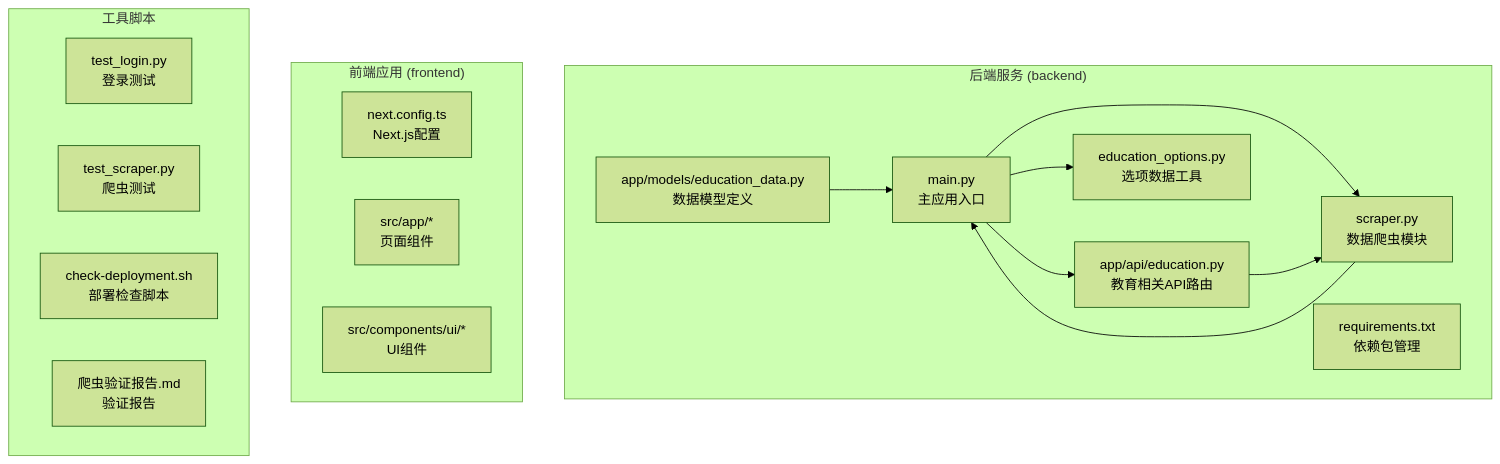
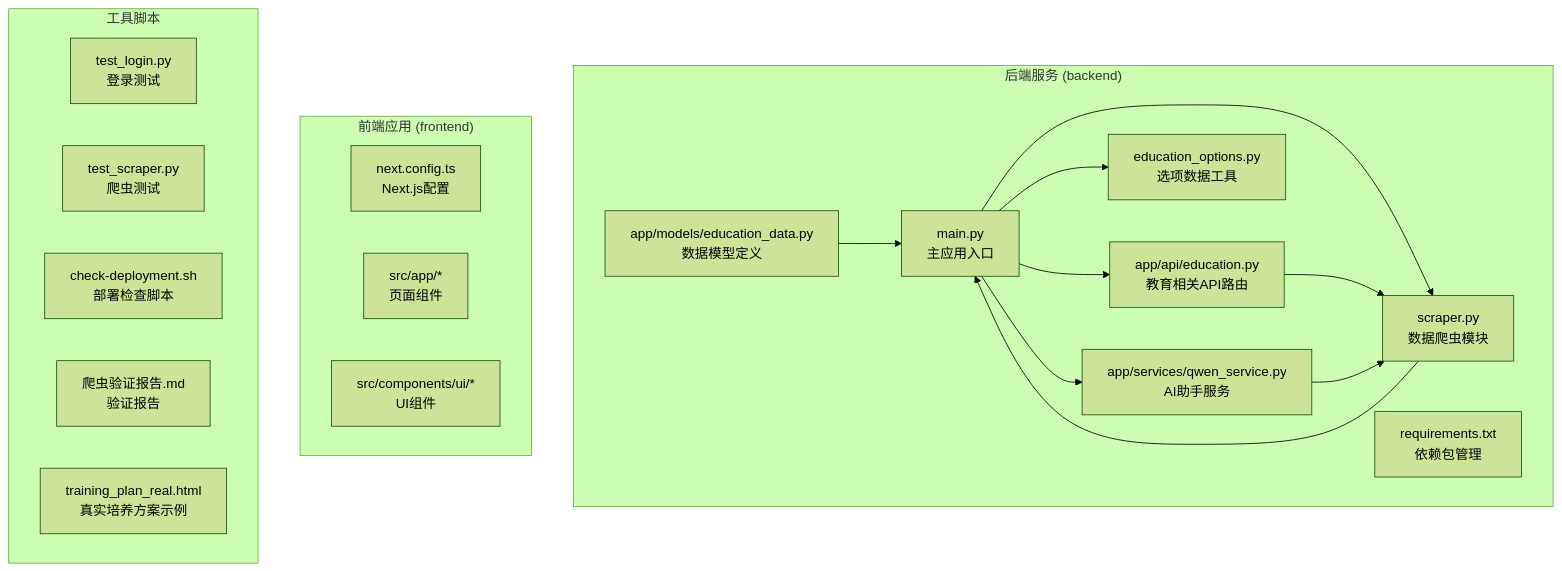
The first of 9 diagrams in .qoder/repowiki/zh/content/后端API文档/学术数据查询API/培养方案查询API.md (ghbbn053-ship-itsoulddog/soulddog), drawn with Mermaid (forest theme) before and after one commit. The commit also changed other lines of this file and 8 other files, not shown here.

````diff
--- a/.qoder/repowiki/zh/content/后端API文档/学术数据查询API/培养方案查询API.md
+++ b/.qoder/repowiki/zh/content/后端API文档/学术数据查询API/培养方案查询API.md
@@ -52,28 +55,32 @@
 ```mermaid
 graph TB
 subgraph "后端服务 (backend)"
 A[main.py<br/>主应用入口]
 B[scraper.py<br/>数据爬虫模块]
 C[app/api/education.py<br/>教育相关API路由]
 D[app/models/education_data.py<br/>数据模型定义]
 E[education_options.py<br/>选项数据工具]
 F[requirements.txt<br/>依赖包管理]
+G[app/services/qwen_service.py<br/>AI助手服务]
 end
 subgraph "前端应用 (frontend)"
-G[next.config.ts<br/>Next.js配置]
-H[src/app/*<br/>页面组件]
-I[src/components/ui/*<br/>UI组件]
+H[next.config.ts<br/>Next.js配置]
+I[src/app/*<br/>页面组件]
+J[src/components/ui/*<br/>UI组件]
 end
 subgraph "工具脚本"
-J[test_login.py<br/>登录测试]
-K[test_scraper.py<br/>爬虫测试]
-L[check-deployment.sh<br/>部署检查脚本]
-M[爬虫验证报告.md<br/>验证报告]
+K[test_login.py<br/>登录测试]
+L[test_scraper.py<br/>爬虫测试]
+M[check-deployment.sh<br/>部署检查脚本]
+N[爬虫验证报告.md<br/>验证报告]
+O[training_plan_real.html<br/>真实培养方案示例]
 end
 A --> B
 A --> C
 A --> E
+A --> G
 C --> B
 D --> A
 B --> A
+G --> B
 ```
````
